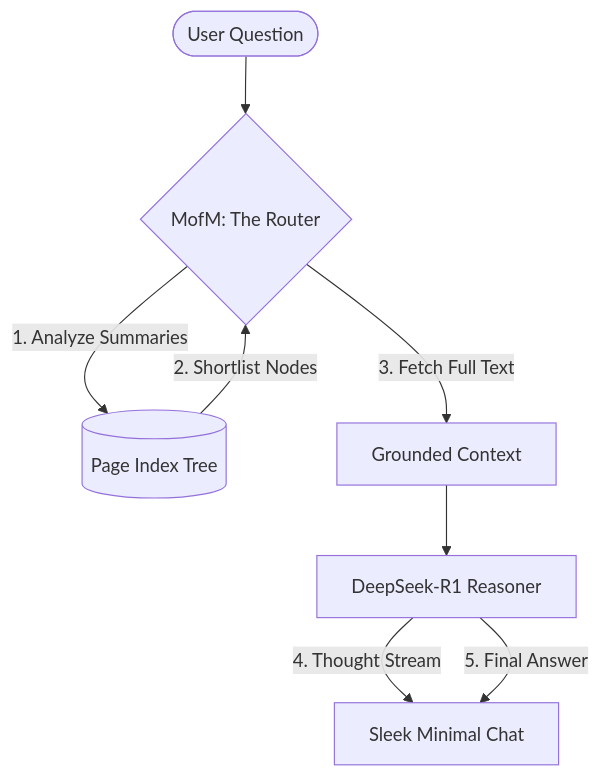
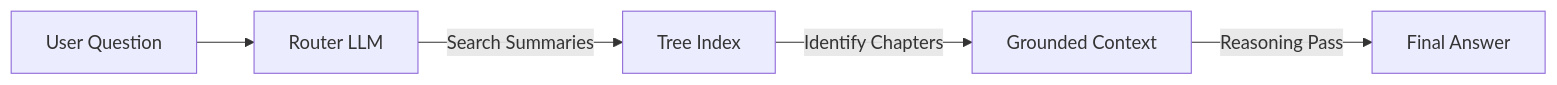
The diagram in README.md (Satharva2004/Vectorless-RAG), drawn with Mermaid before and after one commit. The commit also changed other lines of this file, not shown here.

````diff
--- a/README.md
+++ b/README.md
@@ -13,10 +64,7 @@
 ```mermaid
-graph TD
-    User([User Question]) --> Router{MofM: The Router}
-    Router -- 1. Analyze Summaries --> Tree[(Page Index Tree)]
-    Tree -- 2. Shortlist Nodes --> Router
-    Router -- 3. Fetch Full Text --> Context[Grounded Context]
-    Context --> Reasoner[DeepSeek-R1 Reasoner]
-    Reasoner -- 4. Thought Stream --> UI[Sleek Minimal Chat]
-    Reasoner -- 5. Final Answer --> UI
+graph LR
+    Q[User Question] --> R[Router LLM]
+    R -- Search Summaries --> T[Tree Index]
+    T -- Identify Chapters --> C[Grounded Context]
+    C -- Reasoning Pass --> A[Final Answer]
 ```
````
